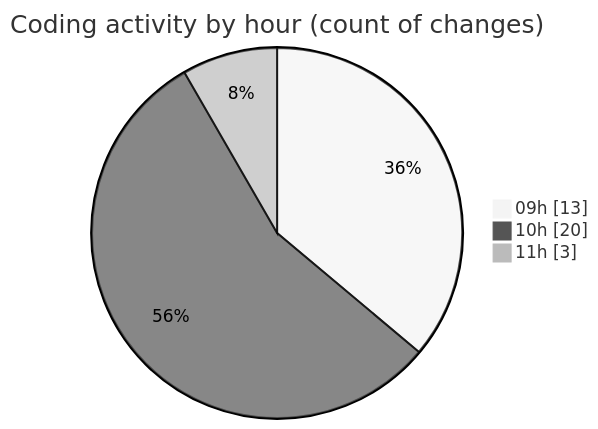
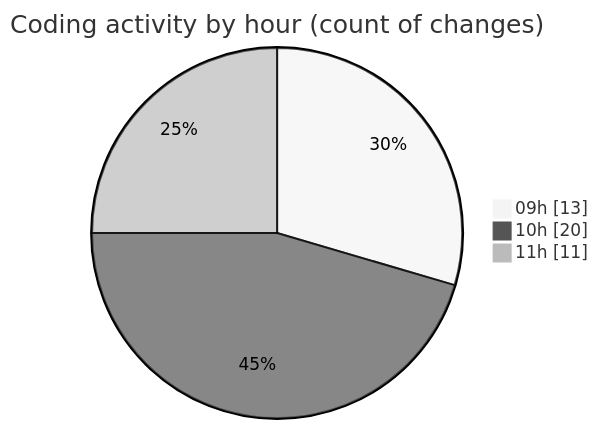
Before and after one commit to momahboobian/code-tracking: the second of 2 diagrams in 2026-04-29/cda/README.md, drawn with Mermaid (neutral theme). The commit also changed other lines of this file and 1 other file, not shown here.

````diff
--- a/2026-04-29/cda/README.md
+++ b/2026-04-29/cda/README.md
@@ -39,7 +39,7 @@
 ```mermaid
 pie showData
 title Coding activity by hour (count of changes)
 "09h" : 13
 "10h" : 20
-"11h" : 3
+"11h" : 11
 ```
````
